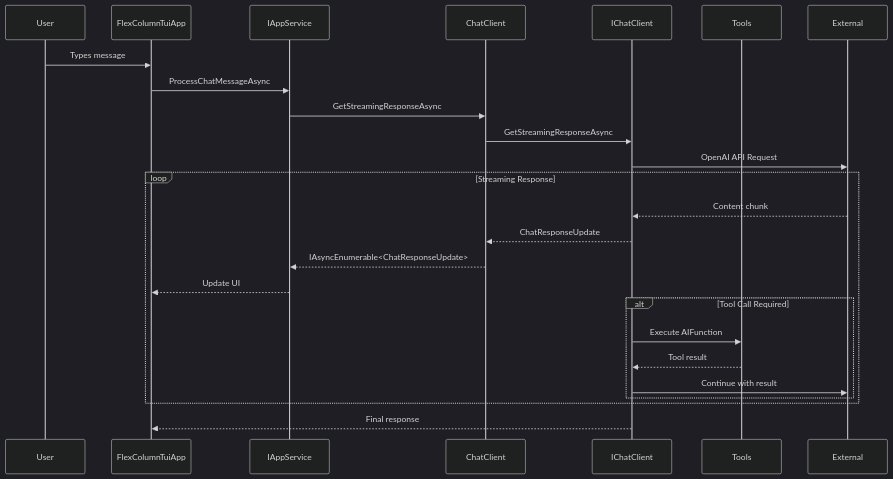
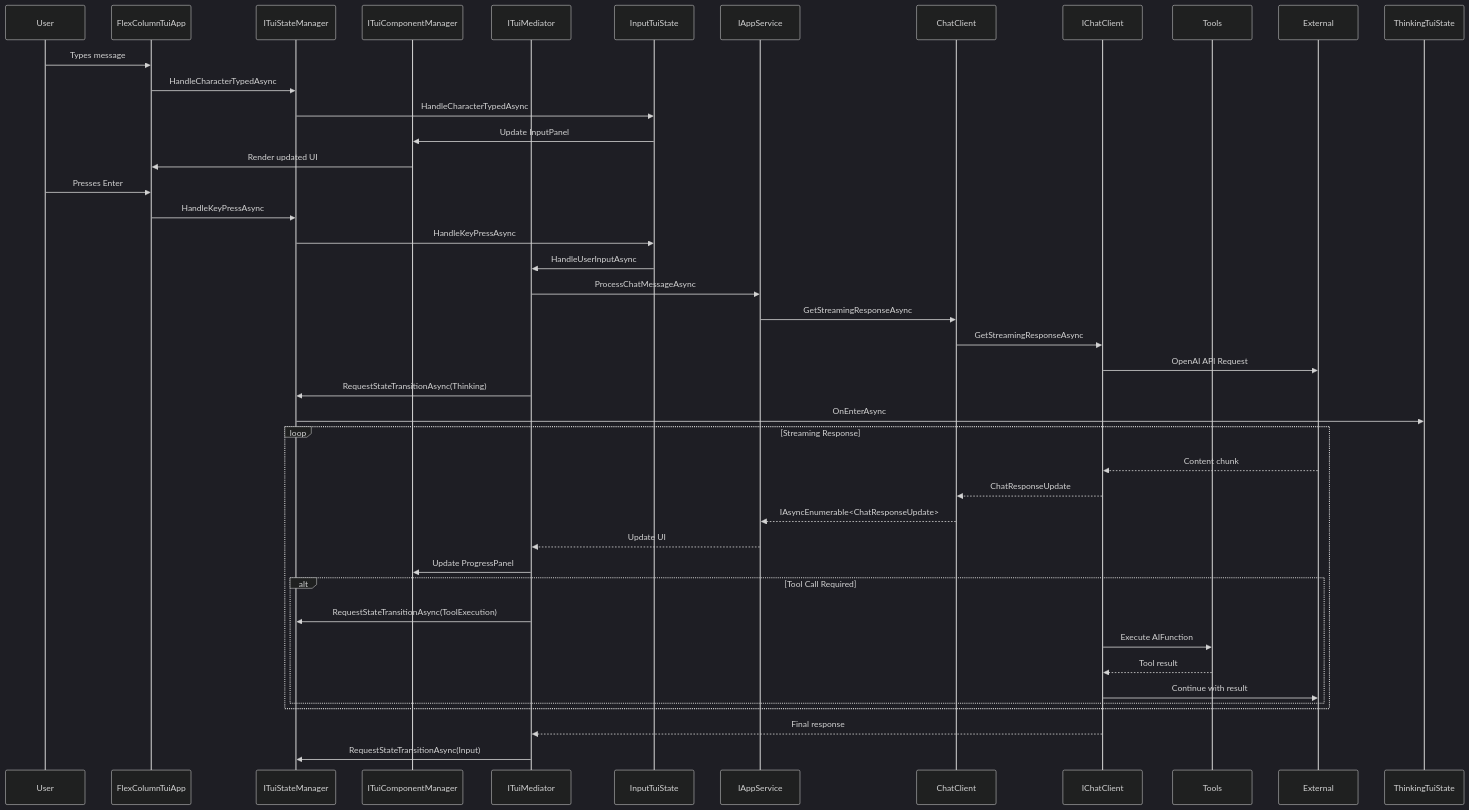
One commit to peakflames/mogzi changed the second of 5 diagrams in docs/process/03_architecture.md. Above: the diagram before and after it, drawn with Mermaid (dark theme). The commit also changed other lines of this file and 26 other files, not shown here.

````diff
--- a/docs/process/03_architecture.md
+++ b/docs/process/03_architecture.md
@@ -59,30 +75,49 @@
 ```mermaid
 sequenceDiagram
     participant User
     participant FlexColumnTuiApp
+    participant ITuiStateManager
+    participant ITuiComponentManager
+    participant ITuiMediator
+    participant InputTuiState
     participant IAppService
     participant ChatClient
     participant IChatClient
     participant Tools
 
     User->>FlexColumnTuiApp: Types message
-    FlexColumnTuiApp->>IAppService: ProcessChatMessageAsync
+    FlexColumnTuiApp->>ITuiStateManager: HandleCharacterTypedAsync
+    ITuiStateManager->>InputTuiState: HandleCharacterTypedAsync
+    InputTuiState->>ITuiComponentManager: Update InputPanel
+    ITuiComponentManager->>FlexColumnTuiApp: Render updated UI
+    
+    User->>FlexColumnTuiApp: Presses Enter
+    FlexColumnTuiApp->>ITuiStateManager: HandleKeyPressAsync
+    ITuiStateManager->>InputTuiState: HandleKeyPressAsync
+    InputTuiState->>ITuiMediator: HandleUserInputAsync
+    ITuiMediator->>IAppService: ProcessChatMessageAsync
     IAppService->>ChatClient: GetStreamingResponseAsync
     ChatClient->>IChatClient: GetStreamingResponseAsync
     IChatClient->>External: OpenAI API Request
+    
+    ITuiMediator->>ITuiStateManager: RequestStateTransitionAsync(Thinking)
+    ITuiStateManager->>ThinkingTuiState: OnEnterAsync
     
     loop Streaming Response
         External-->>IChatClient: Content chunk
         IChatClient-->>ChatClient: ChatResponseUpdate
         ChatClient-->>IAppService: IAsyncEnumerable<ChatResponseUpdate>
-        IAppService-->>FlexColumnTuiApp: Update UI
+        IAppService-->>ITuiMediator: Update UI
+        ITuiMediator->>ITuiComponentManager: Update ProgressPanel
         
         alt Tool Call Required
+            ITuiMediator->>ITuiStateManager: RequestStateTransitionAsync(ToolExecution)
             IChatClient->>Tools: Execute AIFunction
             Tools-->>IChatClient: Tool result
             IChatClient->>External: Continue with result
         end
     end
     
-    IChatClient-->>FlexColumnTuiApp: Final response
+    IChatClient-->>ITuiMediator: Final response
+    ITuiMediator->>ITuiStateManager: RequestStateTransitionAsync(Input)
 ```
````
